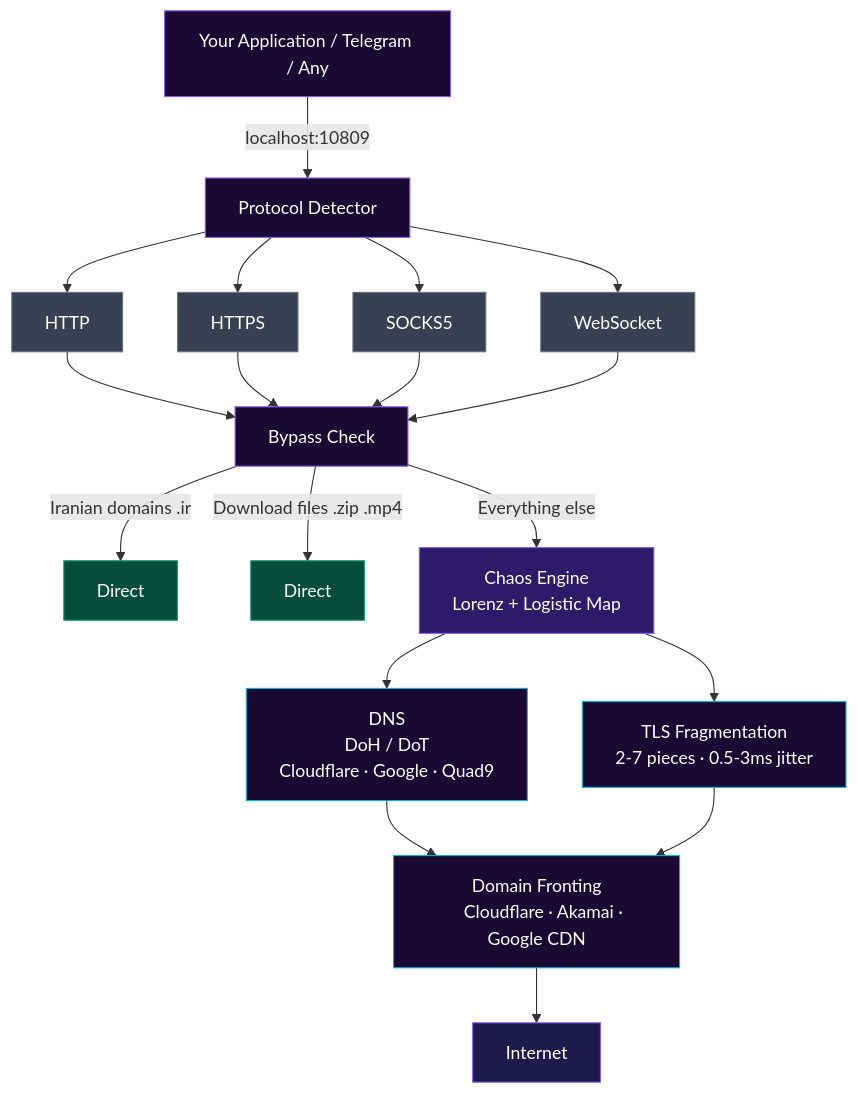
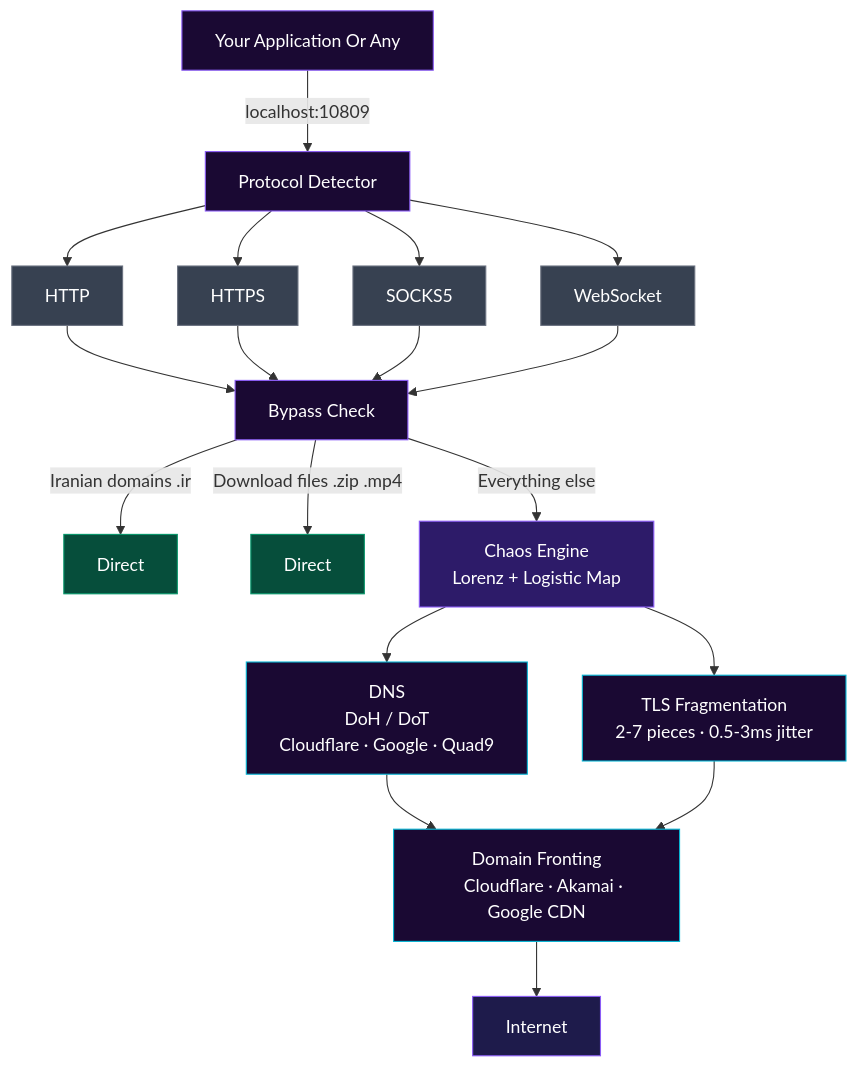
The diagram in README.md (DianaFoxington/Chaos-Traffic-Engine), drawn with Mermaid before and after one commit.

````diff
--- a/README.md
+++ b/README.md
@@ -26,45 +26,45 @@
 ```mermaid
 flowchart TD
-    A["Your Application / Telegram / Any"]
+    A["Your Application Or Any"]
 
     A -->|localhost:10809| B["Protocol Detector"]
 
     B --> C[HTTP]
     B --> D[HTTPS]
     B --> E[SOCKS5]
     B --> F[WebSocket]
 
     C & D & E & F --> G["Bypass Check"]
 
     G -->|Iranian domains .ir| H["Direct"]
     G -->|Download files .zip .mp4| I["Direct"]
     G -->|Everything else| J["Chaos Engine
     Lorenz + Logistic Map"]
 
     J --> K["DNS
     DoH / DoT
     Cloudflare · Google · Quad9"]
 
     J --> L["TLS Fragmentation
     2-7 pieces · 0.5-3ms jitter"]
 
     K & L --> M["Domain Fronting
     Cloudflare · Akamai · Google CDN"]
 
     M --> N["Internet"]
 
     style A fill:#1a0933,stroke:#8B5CF6,color:#fff
     style B fill:#1a0933,stroke:#8B5CF6,color:#fff
     style G fill:#1a0933,stroke:#8B5CF6,color:#fff
     style J fill:#2d1b69,stroke:#8B5CF6,color:#fff
     style K fill:#1a0933,stroke:#06B6D4,color:#fff
     style L fill:#1a0933,stroke:#06B6D4,color:#fff
     style M fill:#1a0933,stroke:#06B6D4,color:#fff
     style H fill:#064e3b,stroke:#059669,color:#fff
     style I fill:#064e3b,stroke:#059669,color:#fff
     style N fill:#1e1b4b,stroke:#8B5CF6,color:#fff
     style C fill:#374151,stroke:#6B7280,color:#fff
     style D fill:#374151,stroke:#6B7280,color:#fff
     style E fill:#374151,stroke:#6B7280,color:#fff
     style F fill:#374151,stroke:#6B7280,color:#fff
 ```
````
